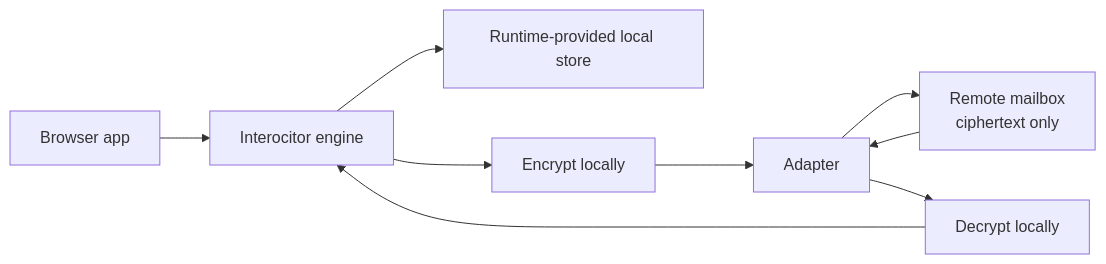
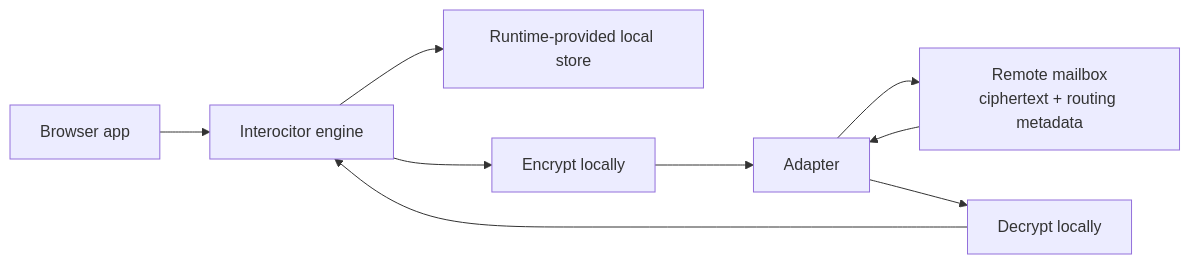
Before and after one commit to Machine-Garden/interocitor: the diagram in packages/core/README.md, drawn with Mermaid. The commit also changed other lines of this file and 107 other files, not shown here.

````diff
--- a/packages/core/README.md
+++ b/packages/core/README.md
@@ -109,11 +121,11 @@
 ```mermaid
 flowchart LR
   A[Browser app] --> B[Interocitor engine]
   B --> C[Runtime-provided local store]
   B --> D[Encrypt locally]
   D --> E[Adapter]
-  E --> F[Remote mailbox<br/>ciphertext only]
+  E --> F[Remote mailbox<br/>ciphertext + routing metadata]
   F --> E
   E --> G[Decrypt locally]
   G --> B
 ```
````
